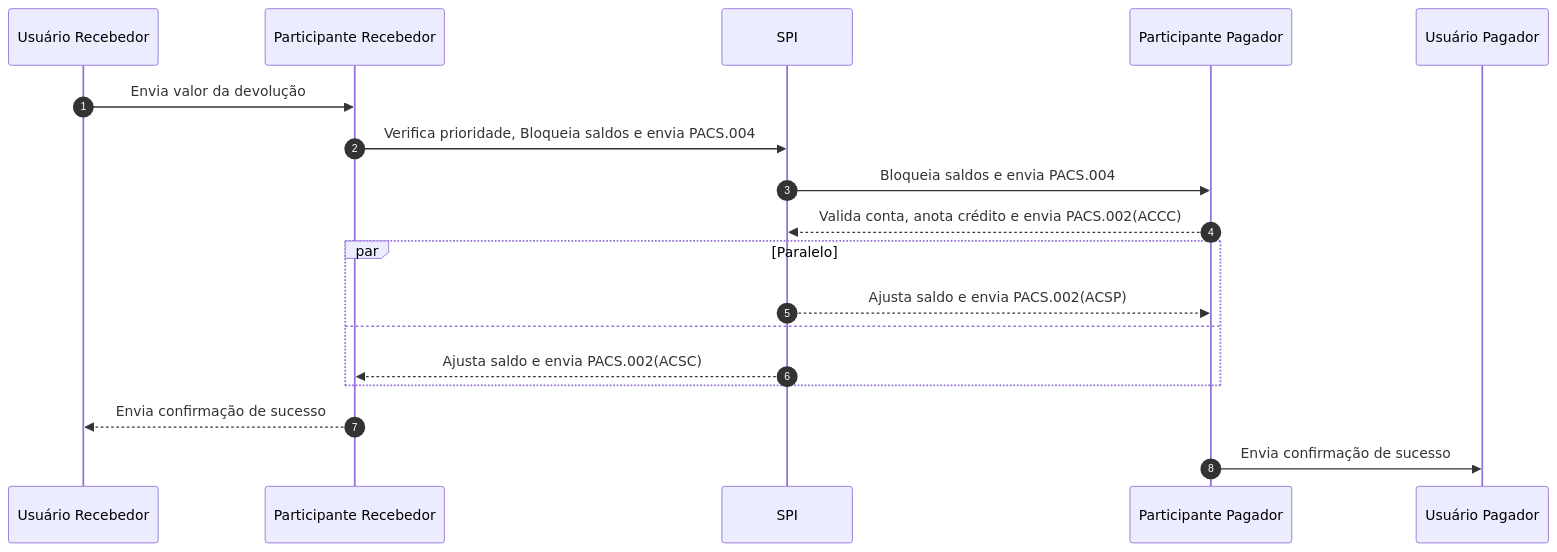
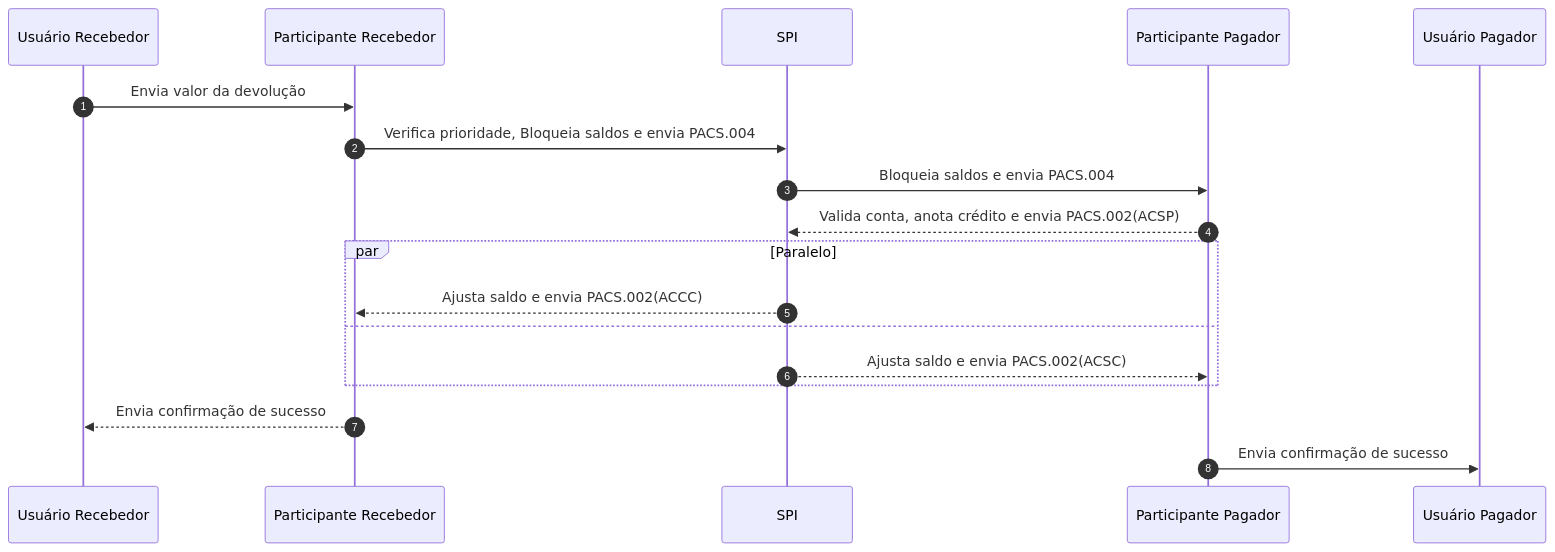
Before and after one commit to guilhermedecampo/pix-spi-scenarios: the diagram in docs/fluxo-sucesso/devolucao.md, drawn with Mermaid. The commit also changed 5 other files, not shown here.

Commit message:
update mermaidjs

````diff
--- a/docs/fluxo-sucesso/devolucao.md
+++ b/docs/fluxo-sucesso/devolucao.md
@@ -36,15 +36,15 @@
 ```mermaid
 sequenceDiagram
 autonumber
 Usuário Recebedor->>Participante Recebedor: Envia valor da devolução
 Participante Recebedor->>SPI: Verifica prioridade, Bloqueia saldos e envia PACS.004
 SPI->>Participante Pagador: Bloqueia saldos e envia PACS.004
-Participante Pagador-->>SPI: Valida conta, anota crédito e envia PACS.002(ACCC)
+Participante Pagador-->>SPI: Valida conta, anota crédito e envia PACS.002(ACSP)
 par Paralelo
-    SPI-->>Participante Pagador: Ajusta saldo e envia PACS.002(ACSP)
+    SPI-->>Participante Recebedor: Ajusta saldo e envia PACS.002(ACCC)
 and
-    SPI-->>Participante Recebedor: Ajusta saldo e envia PACS.002(ACSC)
+    SPI-->>Participante Pagador: Ajusta saldo e envia PACS.002(ACSC)
 end
 Participante Recebedor-->>Usuário Recebedor: Envia confirmação de sucesso
 Participante Pagador->>Usuário Pagador: Envia confirmação de sucesso
 ```
````
